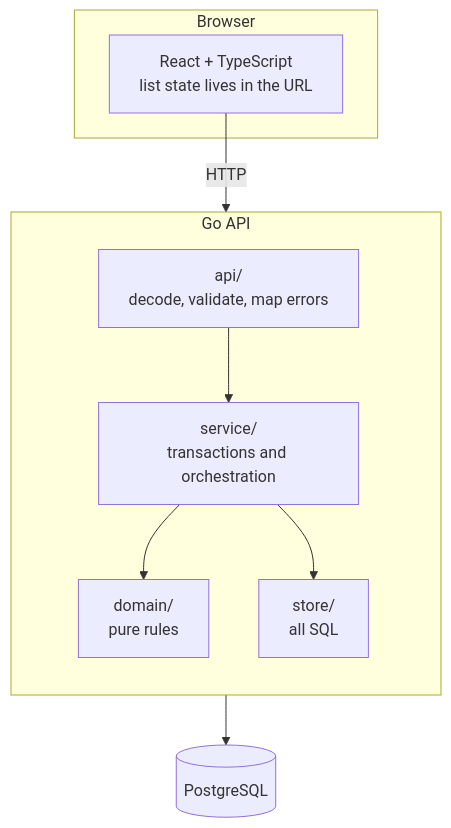
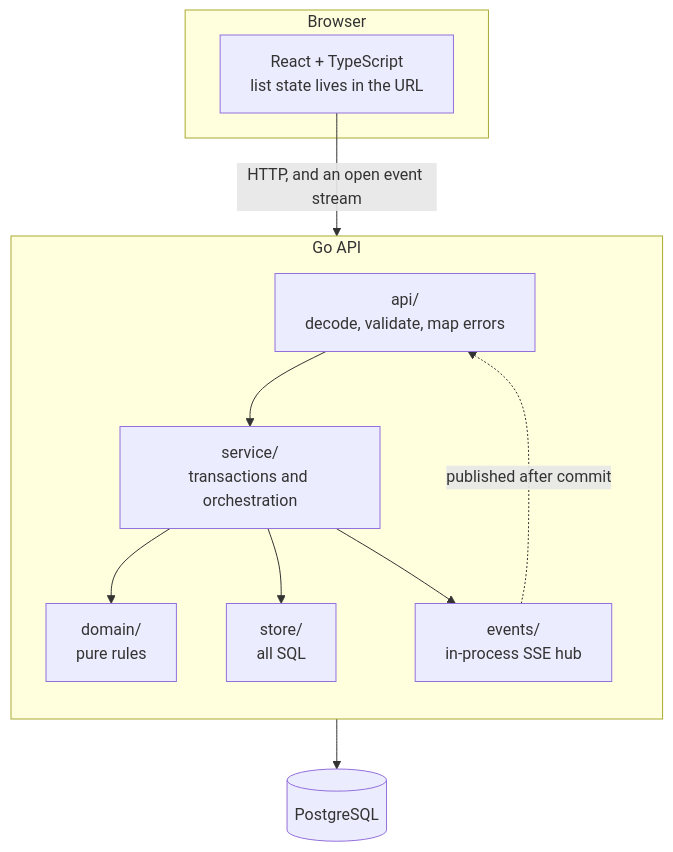
The first of 5 diagrams in ARCHITECTURE.md (jiachwen99/sf-assignment), drawn with Mermaid before and after one commit. The commit also changed other lines of this file and 24 other files, not shown here.

````diff
--- a/ARCHITECTURE.md
+++ b/ARCHITECTURE.md
@@ -9,22 +9,25 @@
 ```mermaid
 flowchart TB
   subgraph browser["Browser"]
     ui["React + TypeScript<br/>list state lives in the URL"]
   end
 
   subgraph server["Go API"]
     direction TB
     http["api/<br/>decode, validate, map errors"]
     svc["service/<br/>transactions and orchestration"]
     dom["domain/<br/>pure rules"]
     store["store/<br/>all SQL"]
+    hub["events/<br/>in-process SSE hub"]
   end
 
   db[("PostgreSQL")]
 
-  ui -->|"HTTP"| http
+  ui -->|"HTTP, and an open event stream"| http
   http --> svc
   svc --> dom
   svc --> store
+  svc --> hub
+  hub -.->|"published after commit"| http
   store --> db
 ```
````
